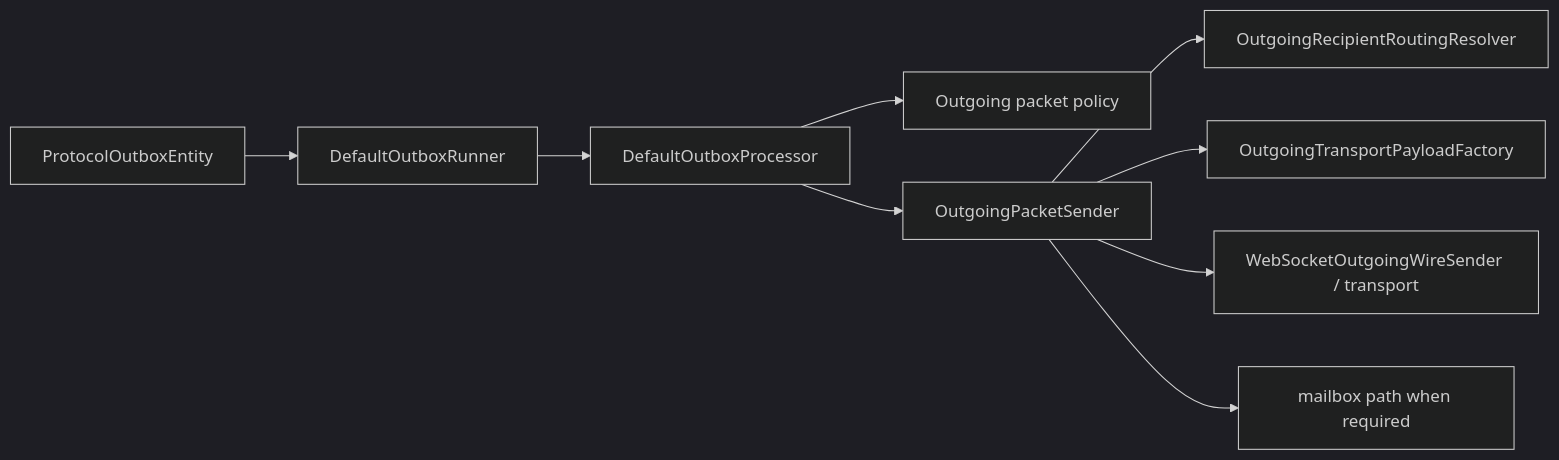
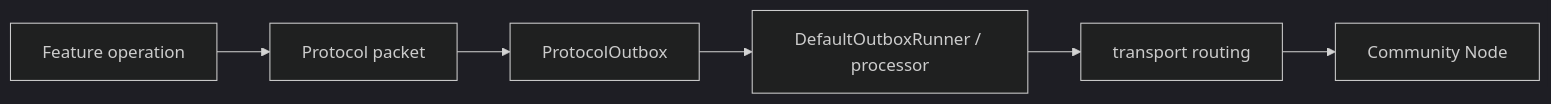
The diagram in docs/architecture/runtime-flows.md (cbgm/Sparrow), drawn with Mermaid (dark theme) before and after one commit. The commit also changed other lines of this file and 92 other files, not shown here.

````diff
--- a/docs/architecture/runtime-flows.md
+++ b/docs/architecture/runtime-flows.md
@@ -141,11 +17,8 @@
 ```mermaid
 flowchart LR
-    P[ProtocolOutboxEntity] --> R[DefaultOutboxRunner]
-    R --> PR[DefaultOutboxProcessor]
-    PR --> POLICY[Outgoing packet policy]
-    PR --> S[OutgoingPacketSender]
-    S --> RR[OutgoingRecipientRoutingResolver]
-    S --> PF[OutgoingTransportPayloadFactory]
-    S --> WS[WebSocketOutgoingWireSender / transport]
-    S --> MB[mailbox path when required]
+    FEATURE[Feature operation] --> PACKET[Protocol packet]
+    PACKET --> OUTBOX[ProtocolOutbox]
+    OUTBOX --> RUNNER[DefaultOutboxRunner / processor]
+    RUNNER --> ROUTE[transport routing]
+    ROUTE --> NODE[Community Node]
 ```
````
